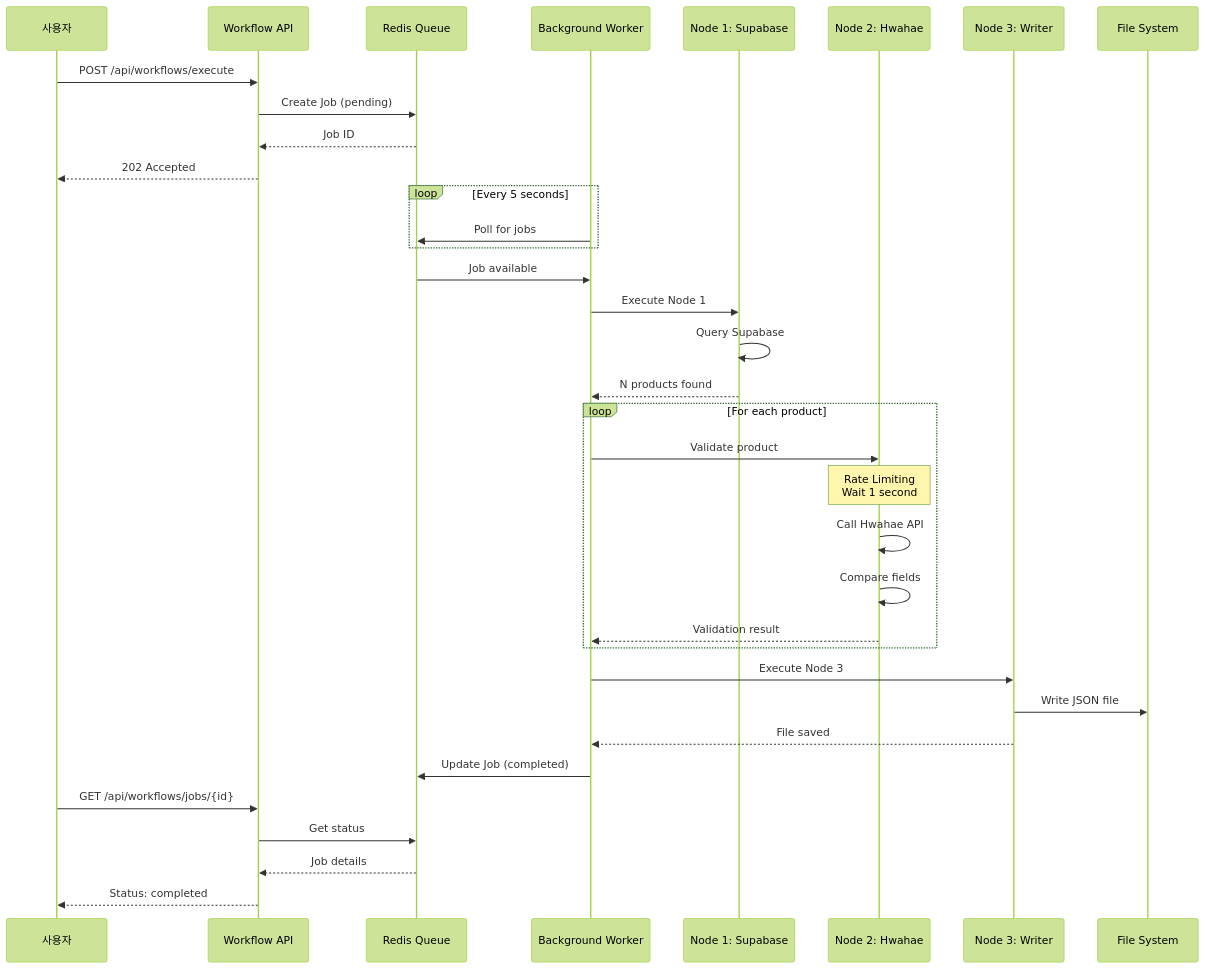
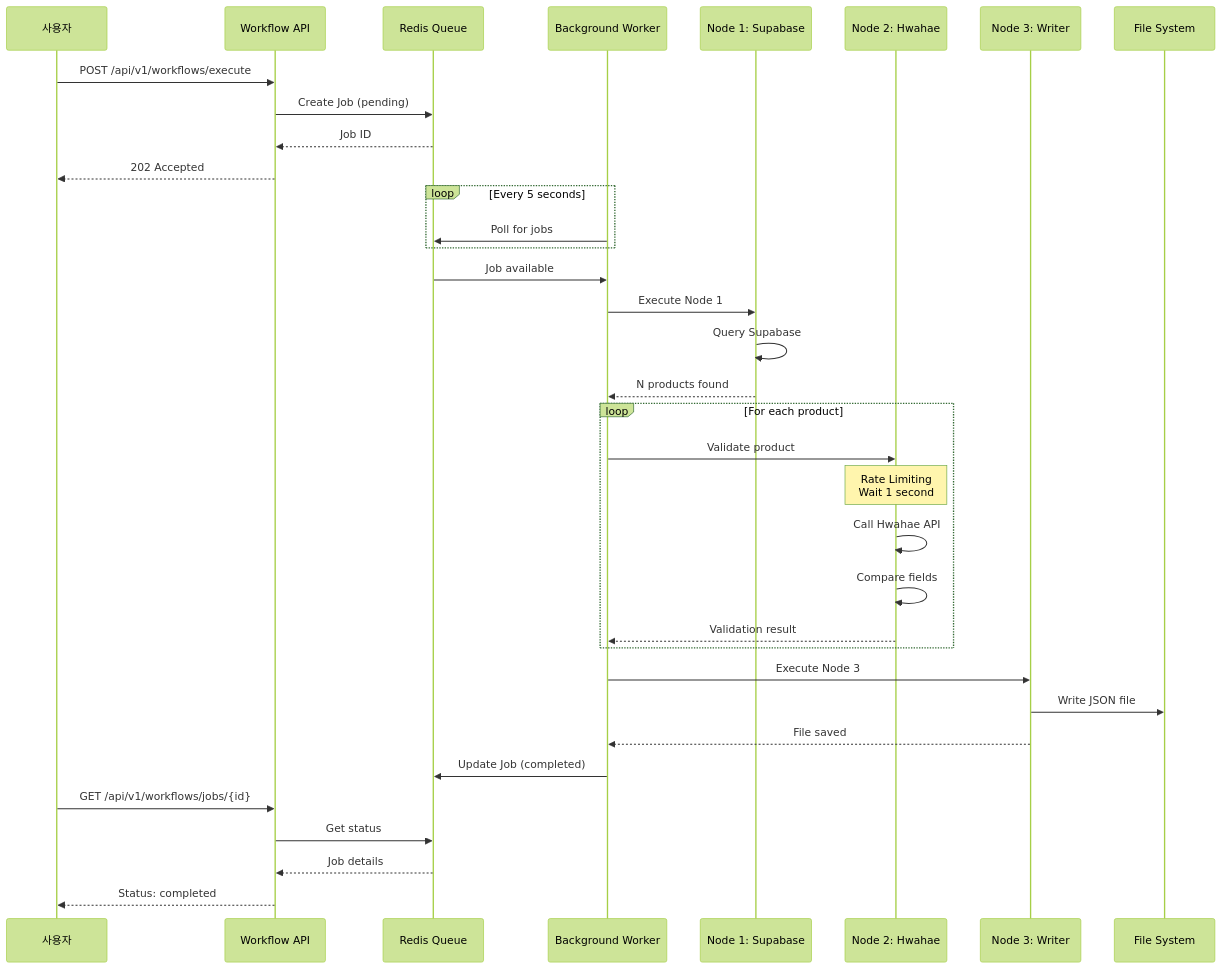
The first of 4 diagrams in product_scanner/docs/WORKFLOW.md (grandeclip/pouchit-scraper), drawn with Mermaid (forest theme) before and after one commit. The commit also changed other lines of this file and 14 other files, not shown here.

````diff
--- a/product_scanner/docs/WORKFLOW.md
+++ b/product_scanner/docs/WORKFLOW.md
@@ -73,44 +75,44 @@
 ```mermaid
 sequenceDiagram
     participant User as 사용자
     participant API as Workflow API
     participant Redis as Redis Queue
     participant Worker as Background Worker
     participant N1 as Node 1: Supabase
     participant N2 as Node 2: Hwahae
     participant N3 as Node 3: Writer
     participant FS as File System
 
-    User->>API: POST /api/workflows/execute
+    User->>API: POST /api/v1/workflows/execute
     API->>Redis: Create Job (pending)
     Redis-->>API: Job ID
     API-->>User: 202 Accepted
 
     loop Every 5 seconds
         Worker->>Redis: Poll for jobs
     end
 
     Redis->>Worker: Job available
     Worker->>N1: Execute Node 1
     N1->>N1: Query Supabase
     N1-->>Worker: N products found
 
     loop For each product
         Worker->>N2: Validate product
         Note over N2: Rate Limiting<br/>Wait 1 second
         N2->>N2: Call Hwahae API
         N2->>N2: Compare fields
         N2-->>Worker: Validation result
     end
 
     Worker->>N3: Execute Node 3
     N3->>FS: Write JSON file
     N3-->>Worker: File saved
 
     Worker->>Redis: Update Job (completed)
 
-    User->>API: GET /api/workflows/jobs/{id}
+    User->>API: GET /api/v1/workflows/jobs/{id}
     API->>Redis: Get status
     Redis-->>API: Job details
     API-->>User: Status: completed
 ```
````
